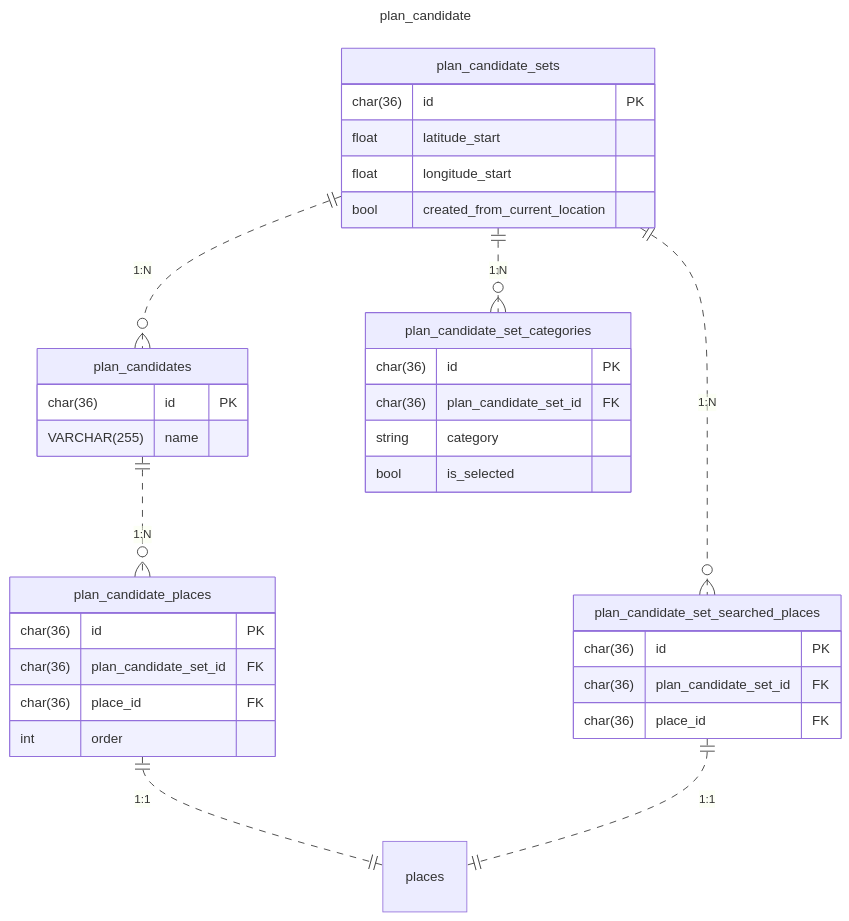
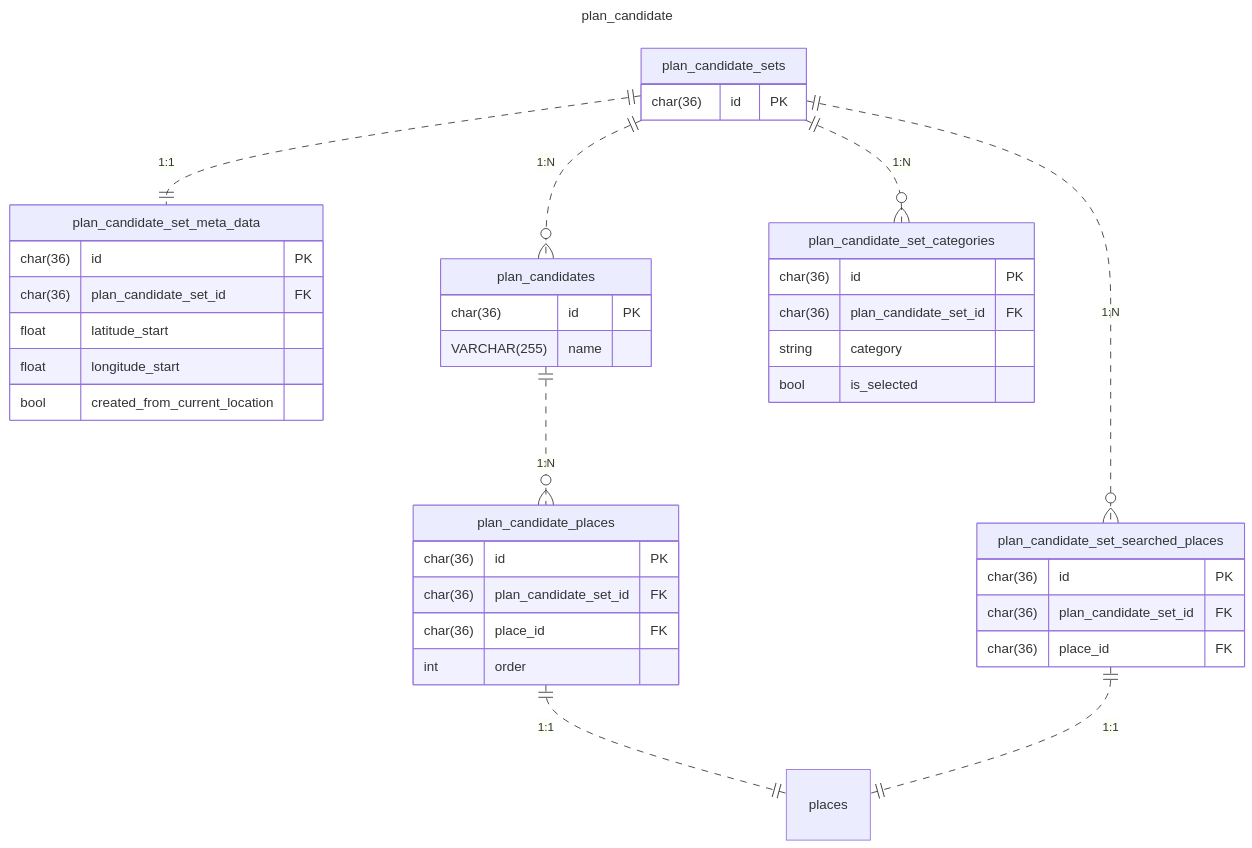
Before and after one commit to poroto-app/planner: the third of 3 diagrams in doc/database/er.md, drawn with Mermaid. The commit also changed 4 other files, not shown here.

Commit message:
feat(data): plan_candidate_meta_dataを別のテーブルに分ける

````diff
--- a/doc/database/er.md
+++ b/doc/database/er.md
@@ -108,44 +108,50 @@
 ```mermaid
 ---
 title: plan_candidate
 ---
 erDiagram
     plan_candidate_sets {
         char(36) id PK
+    }
+
+    plan_candidate_set_meta_data {
+        char(36) id PK
+        char(36) plan_candidate_set_id FK
         float latitude_start
         float longitude_start
         bool created_from_current_location
     }
 
     plan_candidates {
         char(36) id PK
         VARCHAR(255) name
     }
 
     plan_candidate_set_searched_places {
         char(36) id PK
         char(36) plan_candidate_set_id FK
         char(36) place_id FK
     }
 
     plan_candidate_places {
         char(36) id PK
         char(36) plan_candidate_set_id FK
         char(36) place_id FK
         int order
     }
 
     plan_candidate_set_categories {
         char(36) id PK
         char(36) plan_candidate_set_id FK
         string category
         bool is_selected
     }
 
     plan_candidate_sets ||..o{ plan_candidates: "1:N"
+    plan_candidate_sets ||..|| plan_candidate_set_meta_data: "1:1"
     plan_candidate_sets ||..o{ plan_candidate_set_categories: "1:N"
     plan_candidate_sets ||..o{ plan_candidate_set_searched_places: "1:N"
     plan_candidates ||..o{ plan_candidate_places: "1:N"
     plan_candidate_places ||..|| places: "1:1"
     plan_candidate_set_searched_places ||..|| places: "1:1"
 ```
````
